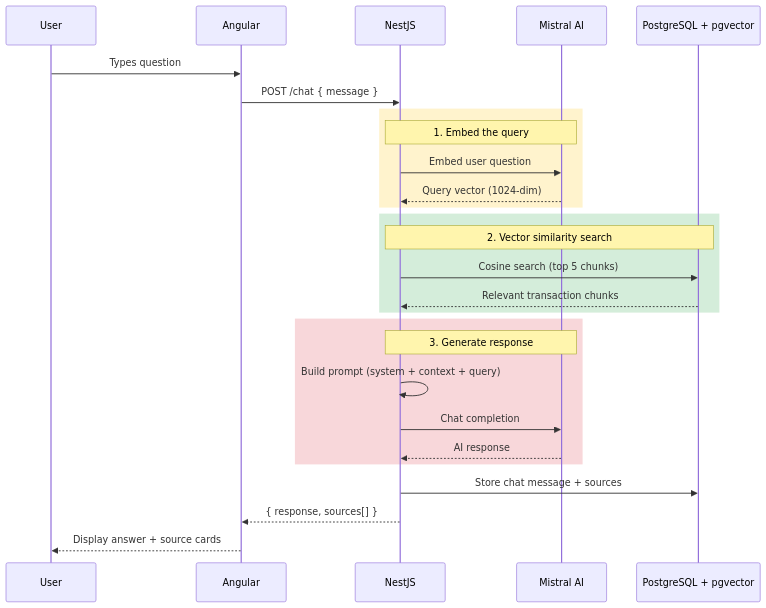
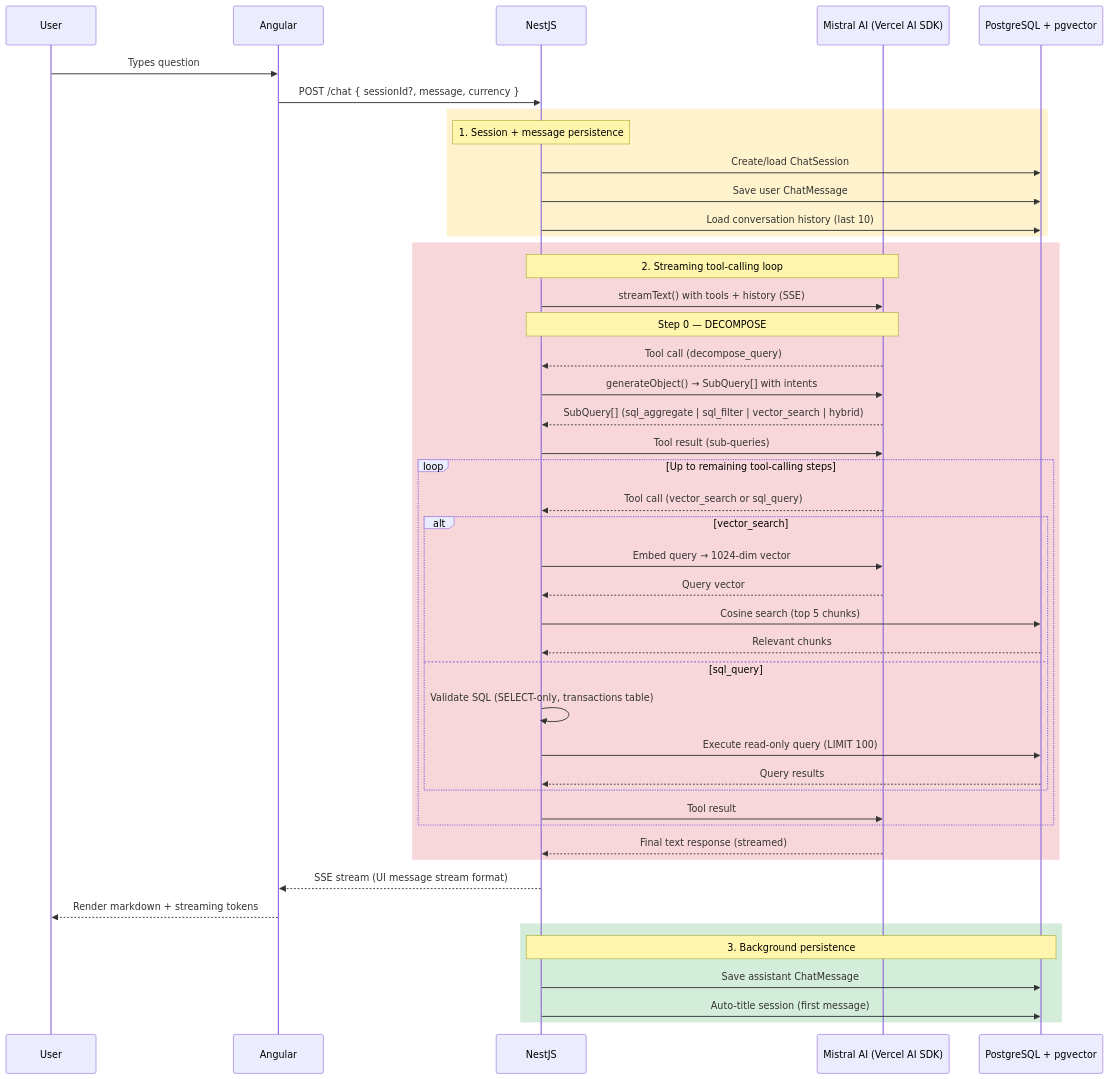
The third of 7 diagrams in docs/architecture.md (darth-dodo/ledger), drawn with Mermaid before and after one commit. The commit also changed other lines of this file and 72 other files, not shown here.

First line of the commit message:
feat: M5 RAG Chat with Agentic ReAct Loop + Adaptive Query Decomposition (#6)

````diff
--- a/docs/architecture.md
+++ b/docs/architecture.md
@@ -103,34 +106,52 @@
 ```mermaid
 sequenceDiagram
     participant User
     participant Angular
     participant NestJS
-    participant Mistral as Mistral AI
+    participant Mistral as Mistral AI (Vercel AI SDK)
     participant pgvector as PostgreSQL + pgvector
 
     User->>Angular: Types question
-    Angular->>NestJS: POST /chat { message }
+    Angular->>NestJS: POST /chat { sessionId?, message, currency }
 
     rect rgb(255, 243, 205)
-        Note over NestJS,Mistral: 1. Embed the query
-        NestJS->>Mistral: Embed user question
-        Mistral-->>NestJS: Query vector (1024-dim)
-    end
-
-    rect rgb(212, 237, 218)
-        Note over NestJS,pgvector: 2. Vector similarity search
-        NestJS->>pgvector: Cosine search (top 5 chunks)
-        pgvector-->>NestJS: Relevant transaction chunks
+        Note over NestJS: 1. Session + message persistence
+        NestJS->>pgvector: Create/load ChatSession
+        NestJS->>pgvector: Save user ChatMessage
+        NestJS->>pgvector: Load conversation history (last 10)
     end
 
     rect rgb(248, 215, 218)
-        Note over NestJS,Mistral: 3. Generate response
-        NestJS->>NestJS: Build prompt (system + context + query)
-        NestJS->>Mistral: Chat completion
-        Mistral-->>NestJS: AI response
+        Note over NestJS,Mistral: 2. Streaming tool-calling loop
+        NestJS->>Mistral: streamText() with tools + history (SSE)
+        Note over NestJS,Mistral: Step 0 — DECOMPOSE
+        Mistral-->>NestJS: Tool call (decompose_query)
+        NestJS->>Mistral: generateObject() → SubQuery[] with intents
+        Mistral-->>NestJS: SubQuery[] (sql_aggregate | sql_filter | vector_search | hybrid)
+        NestJS->>Mistral: Tool result (sub-queries)
+        loop Up to remaining tool-calling steps
+            Mistral-->>NestJS: Tool call (vector_search or sql_query)
+            alt vector_search
+                NestJS->>Mistral: Embed query → 1024-dim vector
+                Mistral-->>NestJS: Query vector
+                NestJS->>pgvector: Cosine search (top 5 chunks)
+                pgvector-->>NestJS: Relevant chunks
+            else sql_query
+                NestJS->>NestJS: Validate SQL (SELECT-only, transactions table)
+                NestJS->>pgvector: Execute read-only query (LIMIT 100)
+                pgvector-->>NestJS: Query results
+            end
+            NestJS->>Mistral: Tool result
+        end
+        Mistral-->>NestJS: Final text response (streamed)
     end
 
-    NestJS->>pgvector: Store chat message + sources
-    NestJS-->>Angular: { response, sources[] }
-    Angular-->>User: Display answer + source cards
+    NestJS-->>Angular: SSE stream (UI message stream format)
+    Angular-->>User: Render markdown + streaming tokens
+
+    rect rgb(212, 237, 218)
+        Note over NestJS,pgvector: 3. Background persistence
+        NestJS->>pgvector: Save assistant ChatMessage
+        NestJS->>pgvector: Auto-title session (first message)
+    end
 ```
````
